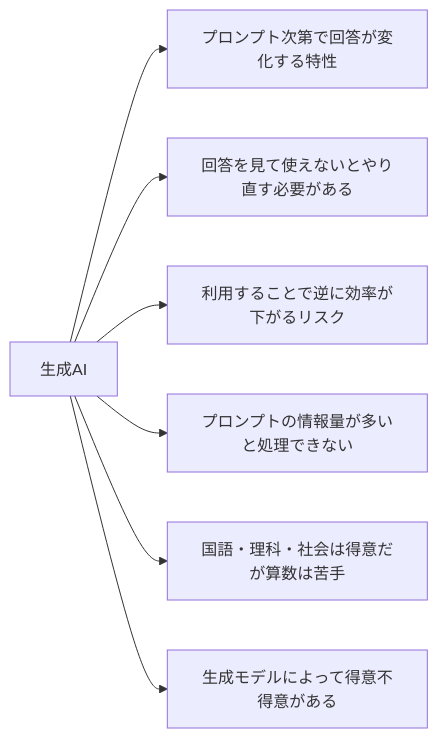
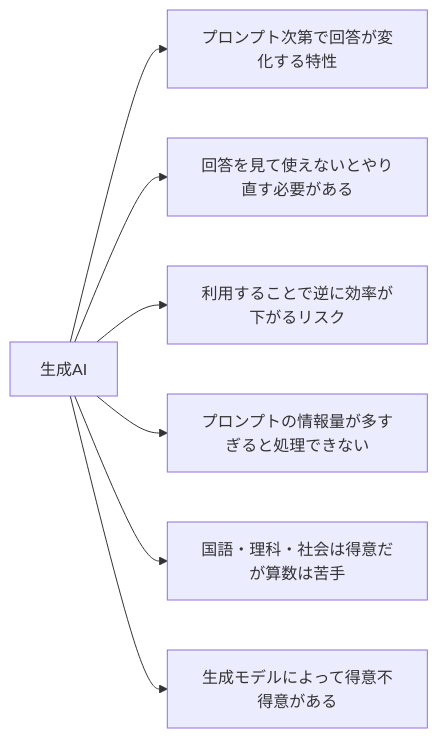
The fourth of 14 diagrams in README.md (SparklingDetergent/doc_genai_Using_Generative_AI_with_Mac_Mini_-Introduction-), drawn with Mermaid before and after one commit.

````diff
--- a/README.md
+++ b/README.md
@@ -77,9 +77,9 @@
 ```mermaid
 graph LR
     A[生成AI] --> F[プロンプト次第で回答が変化する特性]
     A --> G[回答を見て使えないとやり直す必要がある]
     A --> B[利用することで逆に効率が下がるリスク]
-    A --> E[プロンプトの情報量が多いと処理できない]
+    A --> E[プロンプトの情報量が多すぎると処理できない]
     A --> C[国語・理科・社会は得意だが算数は苦手]
     A --> D[生成モデルによって得意不得意がある]
 ```
````
